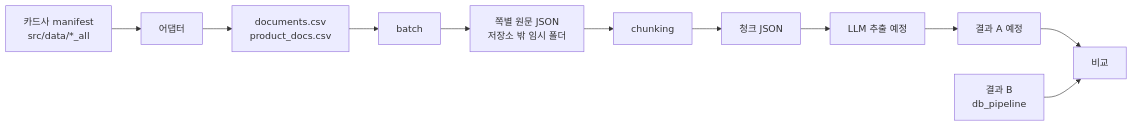
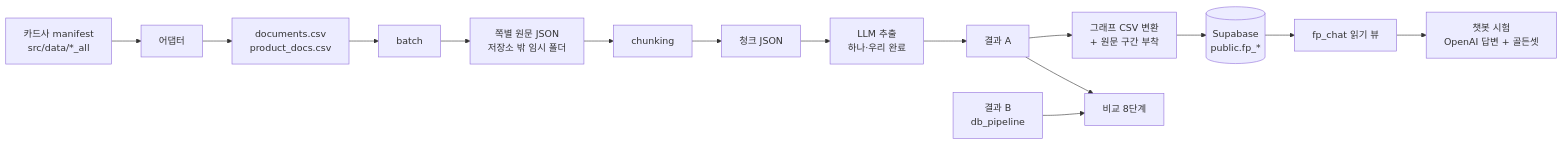
Before and after one commit to encore-ai-campus/mle-02-p2-team3: the third of 3 diagrams in docs/프로젝트-지도.md, drawn with Mermaid. The commit also changed other lines of this file and 7 other files, not shown here.

````diff
--- a/docs/프로젝트-지도.md
+++ b/docs/프로젝트-지도.md
@@ -64,10 +75,11 @@
 ```mermaid
 flowchart LR
     M[카드사 manifest<br/>src/data/*_all] --> AD[어댑터] --> IDX[documents.csv<br/>product_docs.csv]
     IDX --> BT[batch] --> TJ[쪽별 원문 JSON<br/>저장소 밖 임시 폴더]
     TJ --> CK[chunking] --> CJ[청크 JSON]
-    CJ --> LLM[LLM 추출 예정]
-    LLM --> RA[결과 A 예정]
-    RA --> CMP[비교]
+    CJ --> LLM[LLM 추출<br/>하나·우리 완료] --> RA[결과 A]
+    RA --> EXP[그래프 CSV 변환<br/>+ 원문 구간 부착] --> DB[(Supabase<br/>public.fp_*)]
+    DB --> VW[fp_chat 읽기 뷰] --> BOT[챗봇 시험<br/>OpenAI 답변 + 골든셋]
+    RA --> CMP[비교 8단계]
     RB[결과 B<br/>db_pipeline] --> CMP
 ```
````
